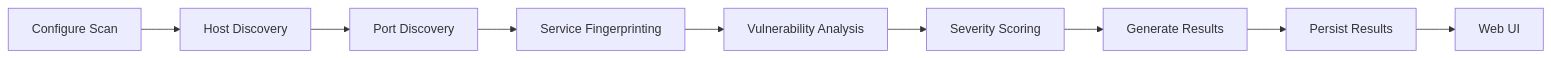
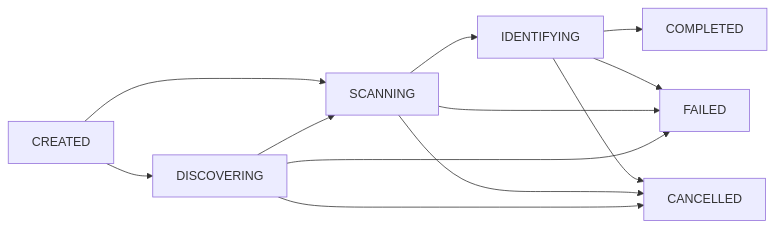
The third of 3 diagrams in README.md (zgreene1/CPSC-491-Project), drawn with Mermaid before and after one commit. The commit also changed other lines of this file and 9 other files, not shown here.

````diff
--- a/README.md
+++ b/README.md
@@ -234,11 +520,16 @@
 ```mermaid
 flowchart LR
-    A[Configure Scan] --> B[Host Discovery]
-    B --> C[Port Discovery]
-    C --> D[Service Fingerprinting]
-    D --> E[Vulnerability Analysis]
-    E --> F[Severity Scoring]
-    F --> G[Generate Results]
-    G --> H[Persist Results]
-    H --> I[Web UI]
+    A[CREATED] --> B[DISCOVERING]
+    B --> C[SCANNING]
+    C --> D[IDENTIFYING]
+    D --> E[COMPLETED]
+
+    A --> C
+    B --> F[FAILED]
+    C --> F
+    D --> F
+
+    B --> G[CANCELLED]
+    C --> G
+    D --> G
 ```
````
